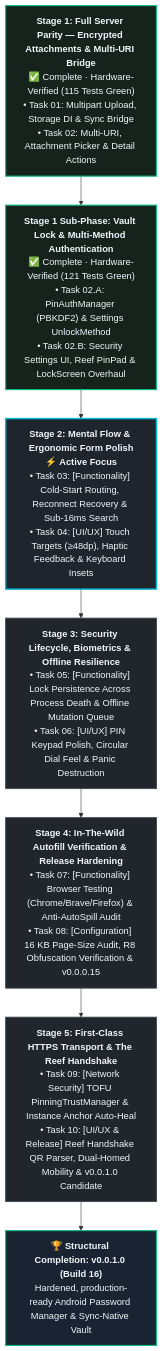
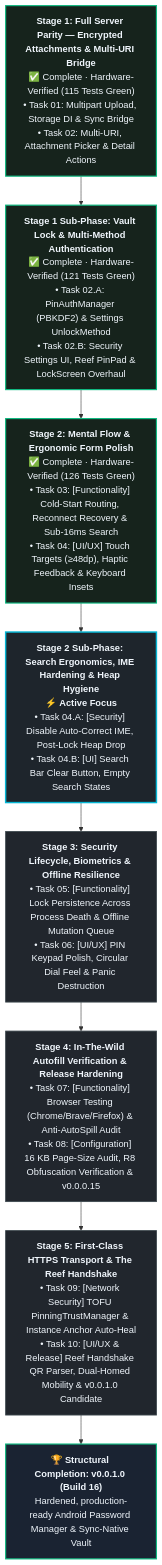
Before and after one commit to ClawStackStudios/ShellGuard-Mobile: the diagram in ROADMAP.md, drawn with Mermaid. The commit also changed 2 other files, not shown here.

Commit message:
fix(dashboard): resolve VaultDashboardViewModelTest testOfflineHealthProbeSuppressionWhenCachedItemsPresent failure
- Fixed triggerSync to return Job so the test can track completion instead of launching an unstructured coroutine, preventing race conditions where the health probe check hasn't finished prior to asserting the error message.
- Appended .join() to viewModel.triggerSync() in the test to ensure coroutine completion before assertion.

````diff
--- a/ROADMAP.md
+++ b/ROADMAP.md
@@ -26,23 +26,25 @@
 ```mermaid
 flowchart TD
     classDef completedStage fill:#16231C,stroke:#10B981,stroke-width:2px,color:#F0F6FC;
     classDef activeStage fill:#1E252C,stroke:#06B6D4,stroke-width:2.5px,color:#F0F6FC;
     classDef futureStage fill:#21262D,stroke:#3D484E,stroke-width:1.5px,color:#F0F6FC;
     classDef targetMilestone fill:#1A2332,stroke:#10B981,stroke-width:2px,color:#F0F6FC;
 
     S1["<b>Stage 1: Full Server Parity — Encrypted Attachments & Multi-URI Bridge</b><br/>✅ Complete · Hardware-Verified (115 Tests Green)<br/>• Task 01: Multipart Upload, Storage DI & Sync Bridge<br/>• Task 02: Multi-URI, Attachment Picker & Detail Actions"]:::completedStage
 
     S1_SUB["<b>Stage 1 Sub-Phase: Vault Lock & Multi-Method Authentication</b><br/>✅ Complete · Hardware-Verified (121 Tests Green)<br/>• Task 02.A: PinAuthManager (PBKDF2) & Settings UnlockMethod<br/>• Task 02.B: Security Settings UI, Reef PinPad & LockScreen Overhaul"]:::completedStage
 
-    S2["<b>Stage 2: Mental Flow & Ergonomic Form Polish</b><br/>⚡ <b>Active Focus</b><br/>• Task 03: [Functionality] Cold-Start Routing, Reconnect Recovery & Sub-16ms Search<br/>• Task 04: [UI/UX] Touch Targets (≥48dp), Haptic Feedback & Keyboard Insets"]:::activeStage
+    S2["<b>Stage 2: Mental Flow & Ergonomic Form Polish</b><br/>✅ Complete · Hardware-Verified (126 Tests Green)<br/>• Task 03: [Functionality] Cold-Start Routing, Reconnect Recovery & Sub-16ms Search<br/>• Task 04: [UI/UX] Touch Targets (≥48dp), Haptic Feedback & Keyboard Insets"]:::completedStage
+
+    S2_SUB["<b>Stage 2 Sub-Phase: Search Ergonomics, IME Hardening & Heap Hygiene</b><br/>⚡ <b>Active Focus</b><br/>• Task 04.A: [Security] Disable Auto-Correct IME, Post-Lock Heap Drop<br/>• Task 04.B: [UI] Search Bar Clear Button, Empty Search States"]:::activeStage
 
     S3["<b>Stage 3: Security Lifecycle, Biometrics & Offline Resilience</b><br/>• Task 05: [Functionality] Lock Persistence Across Process Death & Offline Mutation Queue<br/>• Task 06: [UI/UX] PIN Keypad Polish, Circular Dial Feel & Panic Destruction"]:::futureStage
 
     S4["<b>Stage 4: In-The-Wild Autofill Verification & Release Hardening</b><br/>• Task 07: [Functionality] Browser Testing (Chrome/Brave/Firefox) & Anti-AutoSpill Audit<br/>• Task 08: [Configuration] 16 KB Page-Size Audit, R8 Obfuscation Verification & v0.0.0.15"]:::futureStage
 
     S5["<b>Stage 5: First-Class HTTPS Transport & The Reef Handshake</b><br/>• Task 09: [Network Security] TOFU PinningTrustManager & Instance Anchor Auto-Heal<br/>• Task 10: [UI/UX & Release] Reef Handshake QR Parser, Dual-Homed Mobility & v0.0.1.0 Candidate"]:::futureStage
 
     M1["<b>🏆 Structural Completion: v0.0.1.0 (Build 16)</b><br/>Hardened, production-ready Android Password Manager & Sync-Native Vault"]:::targetMilestone
 
-    S1 --> S1_SUB --> S2 --> S3 --> S4 --> S5 --> M1
+    S1 --> S1_SUB --> S2 --> S2_SUB --> S3 --> S4 --> S5 --> M1
 ```
````
